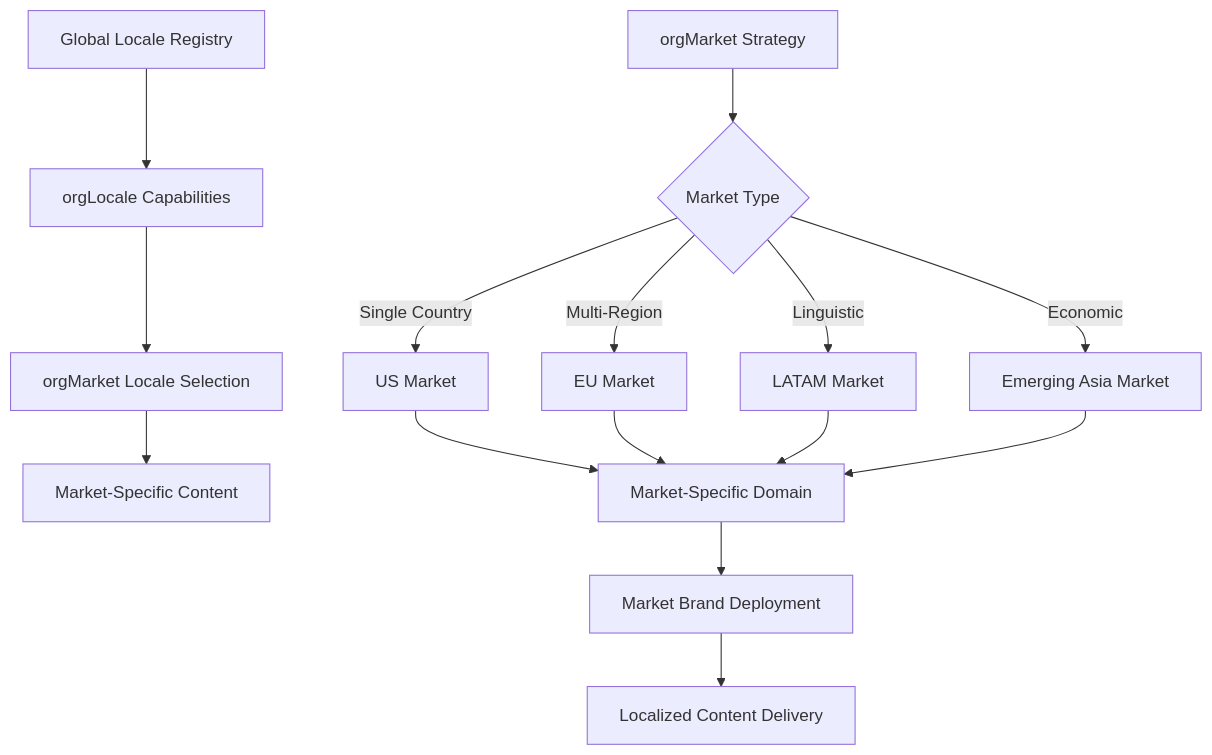
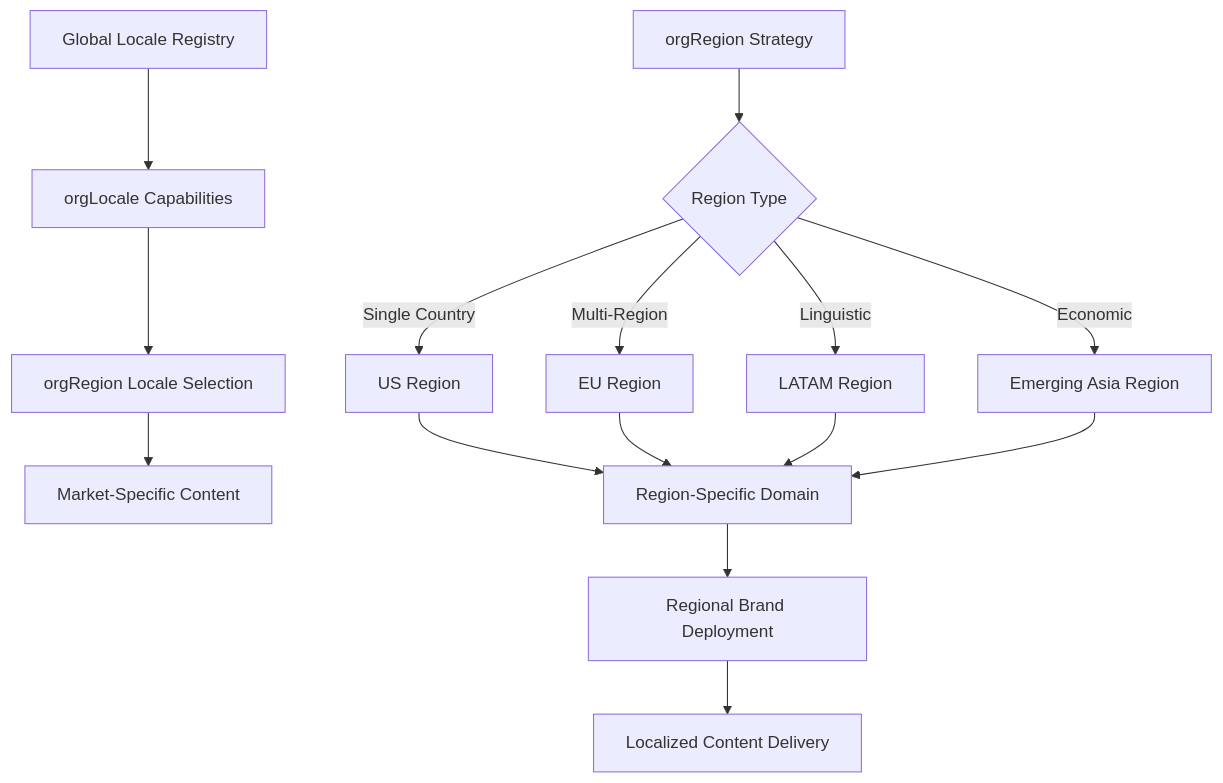
The third of 5 diagrams in apps/volmify/src/server/libs/db/schema/README.md (DreamEcho100/maze), drawn with Mermaid before and after one commit. The commit also changed other lines of this file and 5 other files, not shown here.

````diff
--- a/apps/volmify/src/server/libs/db/schema/README.md
+++ b/apps/volmify/src/server/libs/db/schema/README.md
@@ -212,20 +226,20 @@
 ```mermaid
 graph TD
     A[Global Locale Registry] --> B[orgLocale Capabilities]
-    B --> C[orgMarket Locale Selection]
+    B --> C[orgRegion Locale Selection]
     C --> D[Market-Specific Content]
     
-    E[orgMarket Strategy] --> F{Market Type}
-    F -->|Single Country| G[US Market]
-    F -->|Multi-Region| H[EU Market]
-    F -->|Linguistic| I[LATAM Market]
-    F -->|Economic| J[Emerging Asia Market]
+    E[orgRegion Strategy] --> F{Region Type}
+    F -->|Single Country| G[US Region]
+    F -->|Multi-Region| H[EU Region]
+    F -->|Linguistic| I[LATAM Region]
+    F -->|Economic| J[Emerging Asia Region]
     
-    G --> K[Market-Specific Domain]
+    G --> K[Region-Specific Domain]
     H --> K
     I --> K
     J --> K
     
-    K --> L[Market Brand Deployment]
+    K --> L[Regional Brand Deployment]
     L --> M[Localized Content Delivery]
 ```
````
